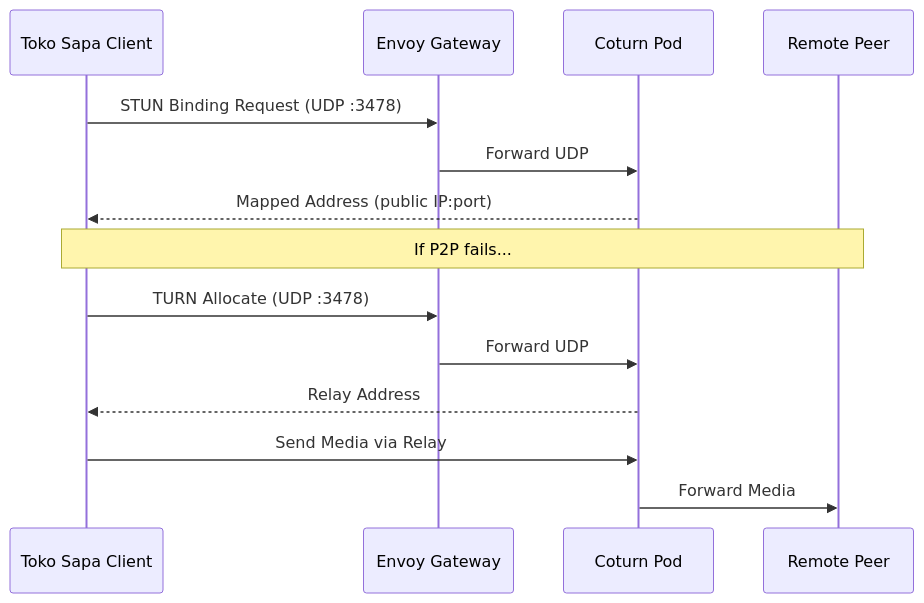
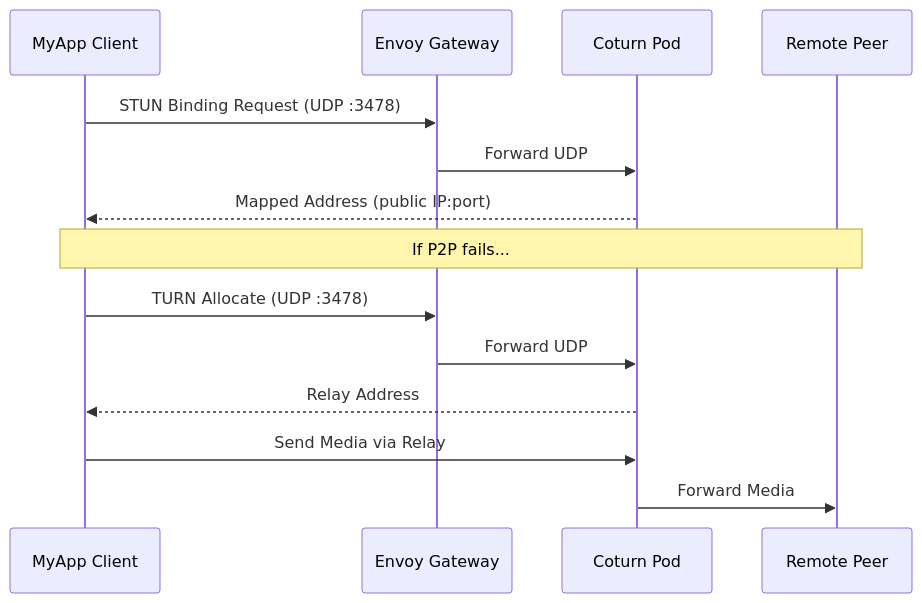
One commit to ahmadnurhidayat/docs changed the third of 3 diagrams in src/content/docs/01-knowledge-base/gcp/gke-webrtc-turn-stun-coturn.md. Above: the diagram before and after it, drawn with Mermaid. The commit also changed other lines of this file and 2 other files, not shown here.

````diff
--- a/src/content/docs/01-knowledge-base/gcp/gke-webrtc-turn-stun-coturn.md
+++ b/src/content/docs/01-knowledge-base/gcp/gke-webrtc-turn-stun-coturn.md
@@ -390,20 +390,20 @@
 ```mermaid
 sequenceDiagram
-    participant Client as Toko Sapa Client
+    participant Client as MyApp Client
     participant GW as Envoy Gateway
     participant Coturn as Coturn Pod
     participant Peer as Remote Peer
 
     Client->>GW: STUN Binding Request (UDP :3478)
     GW->>Coturn: Forward UDP
     Coturn-->>Client: Mapped Address (public IP:port)
     
     Note over Client,Peer: If P2P fails...
     
     Client->>GW: TURN Allocate (UDP :3478)
     GW->>Coturn: Forward UDP
     Coturn-->>Client: Relay Address
     
     Client->>Coturn: Send Media via Relay
     Coturn->>Peer: Forward Media
 ```
````
